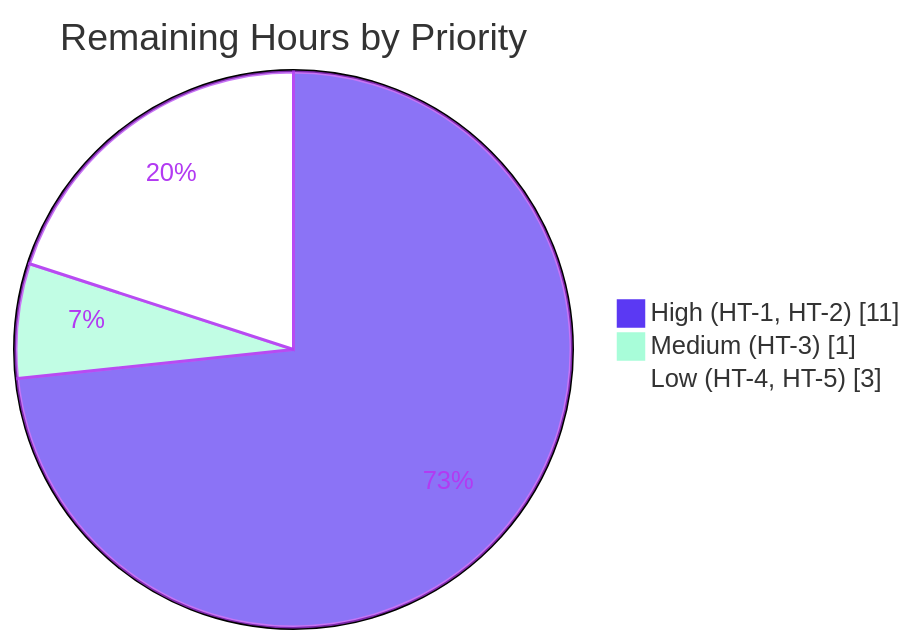
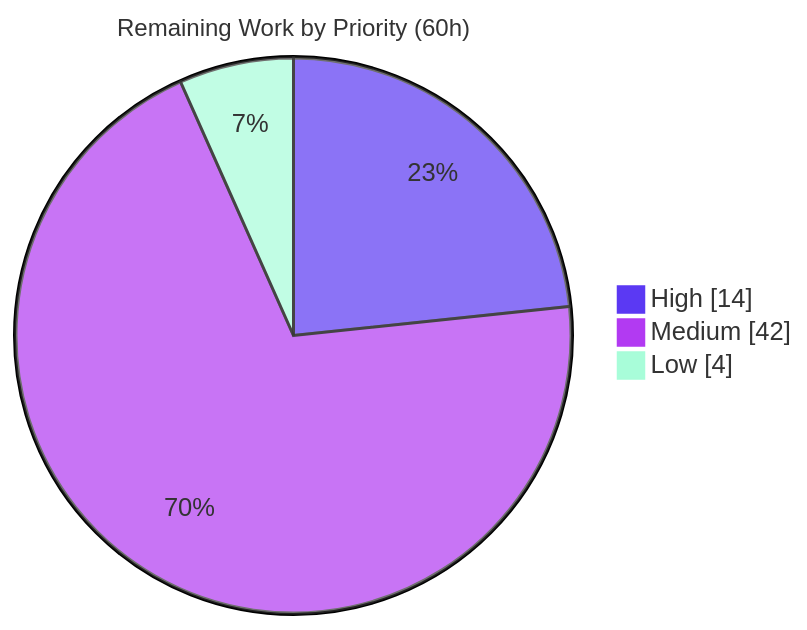
The third of 3 diagrams in blitzy/documentation/Project Guide.md (blitzy-public-samples/ecommerce-shop), drawn with Mermaid before and after one commit. The commit also changed other lines of this file, not shown here.

Commit message:
Adding Blitzy Project Guide: Project Status and Human Tasks Remaining

````diff
--- a/blitzy/documentation/Project Guide.md
+++ b/blitzy/documentation/Project Guide.md
@@ -207,7 +239,7 @@
 ```mermaid
-%%{init: {'theme':'base','themeVariables':{'pie1':'#5B39F3','pie2':'#A8FDD9','pie3':'#FFFFFF','pieStrokeColor':'#B23AF2','pieStrokeWidth':'2px','pieSectionTextColor':'#B23AF2'}}}%%
-pie showData title Remaining Hours by Priority
-    "High (HT-1, HT-2)" : 11
-    "Medium (HT-3)" : 1
-    "Low (HT-4, HT-5)" : 3
+%%{init: {'theme':'base', 'themeVariables': {'pie1':'#5B39F3','pie2':'#B23AF2','pie3':'#A8FDD9','pieStrokeColor':'#333','pieTitleTextSize':'16px'}}}%%
+pie showData title Remaining Work by Priority (60h)
+    "High" : 14
+    "Medium" : 42
+    "Low" : 4
 ```
````
